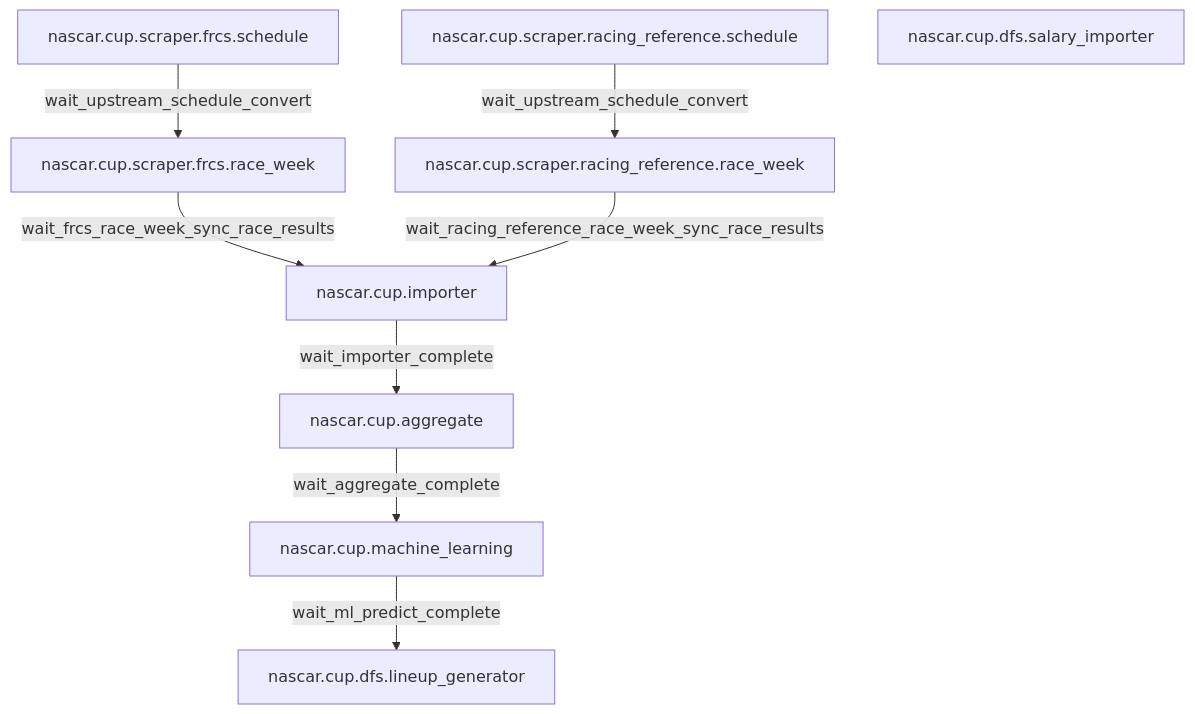
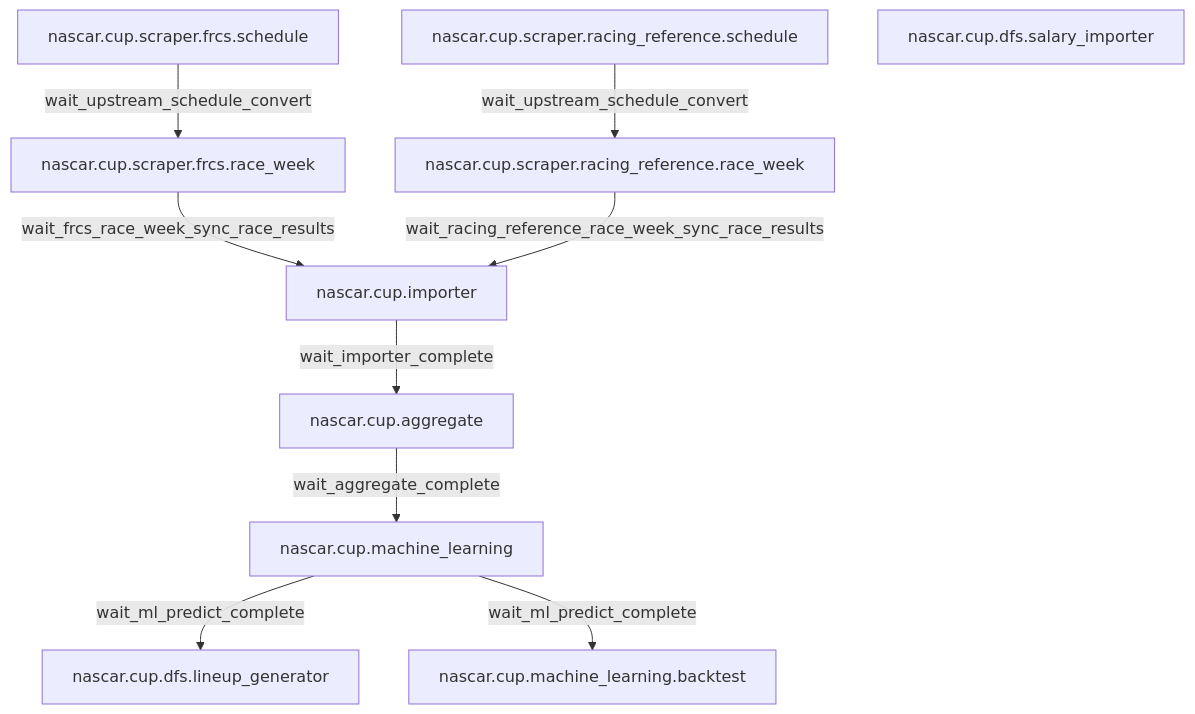
One commit to giraffalope/fantasy-sports-airflow changed the diagram in docs/nascar/README.md. Above: the diagram before and after it, drawn with Mermaid. The commit also changed other lines of this file and 10 other files, not shown here.

````diff
--- a/docs/nascar/README.md
+++ b/docs/nascar/README.md
@@ -16,20 +16,22 @@
 ```mermaid
 flowchart TB
   FrcsSchedule[nascar.cup.scraper.frcs.schedule]
   FrcsRaceWeek[nascar.cup.scraper.frcs.race_week]
   RrSchedule[nascar.cup.scraper.racing_reference.schedule]
   RrRaceWeek[nascar.cup.scraper.racing_reference.race_week]
   Importer[nascar.cup.importer]
   Aggregate[nascar.cup.aggregate]
   MachineLearning[nascar.cup.machine_learning]
+  MachineLearningBacktest[nascar.cup.machine_learning.backtest]
   DfsSalary[nascar.cup.dfs.salary_importer]
   DfsLineup[nascar.cup.dfs.lineup_generator]
 
   FrcsSchedule -->|"wait_upstream_schedule_convert"| FrcsRaceWeek
   RrSchedule -->|"wait_upstream_schedule_convert"| RrRaceWeek
   FrcsRaceWeek -->|"wait_frcs_race_week_sync_race_results"| Importer
   RrRaceWeek -->|"wait_racing_reference_race_week_sync_race_results"| Importer
   Importer -->|"wait_importer_complete"| Aggregate
   Aggregate -->|"wait_aggregate_complete"| MachineLearning
   MachineLearning -->|"wait_ml_predict_complete"| DfsLineup
+  MachineLearning -->|"wait_ml_predict_complete"| MachineLearningBacktest
 ```
````
